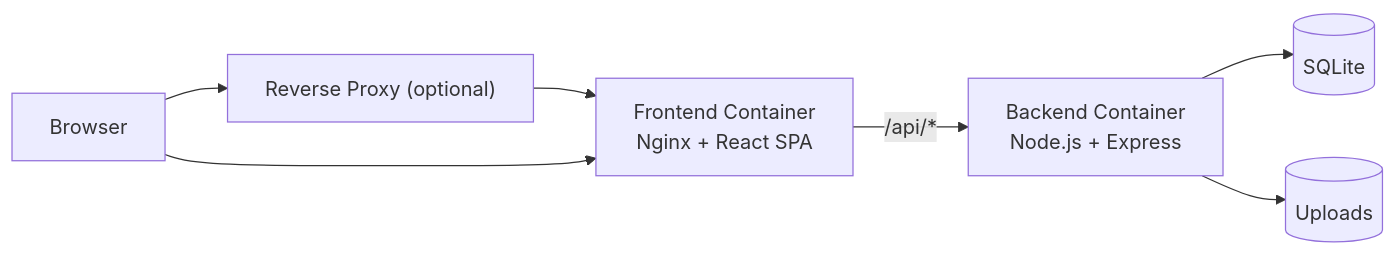
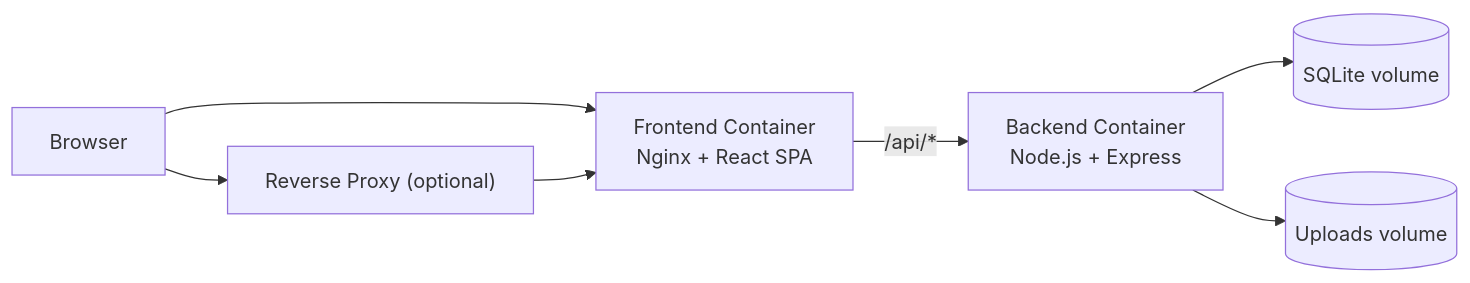
Before and after one commit to marcodessi-equinix/FR2-AppLauncher: the diagram in README.md, drawn with Mermaid. The commit also changed other lines of this file and 57 other files, not shown here.

````diff
--- a/README.md
+++ b/README.md
@@ -125,15 +158,15 @@
 ```mermaid
 flowchart LR
     User[Browser]
     Proxy["Reverse Proxy (optional)"]
     Frontend[Frontend Container\nNginx + React SPA]
     Backend[Backend Container\nNode.js + Express]
-    DB[(SQLite)]
-    Uploads[(Uploads)]
+    DB[(SQLite volume)]
+    Uploads[(Uploads volume)]
 
+    User --> Frontend
     User --> Proxy --> Frontend
-    User --> Frontend
     Frontend -- "/api/*" --> Backend
     Backend --> DB
     Backend --> Uploads
 ```
````
